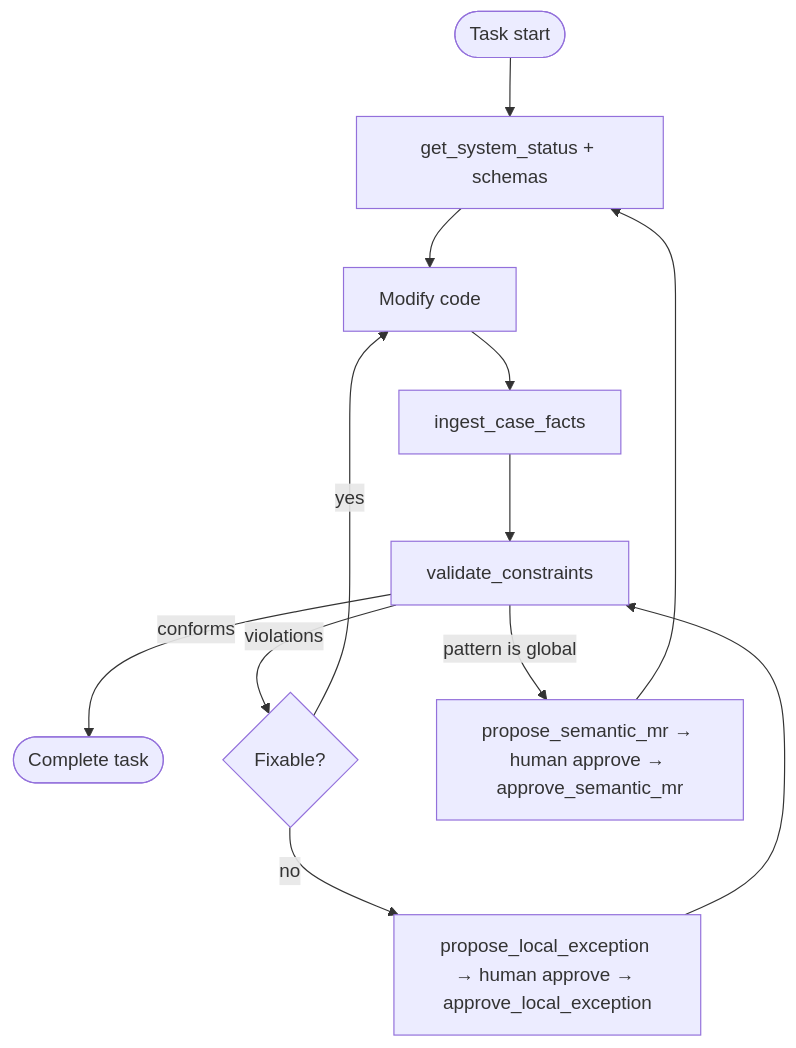
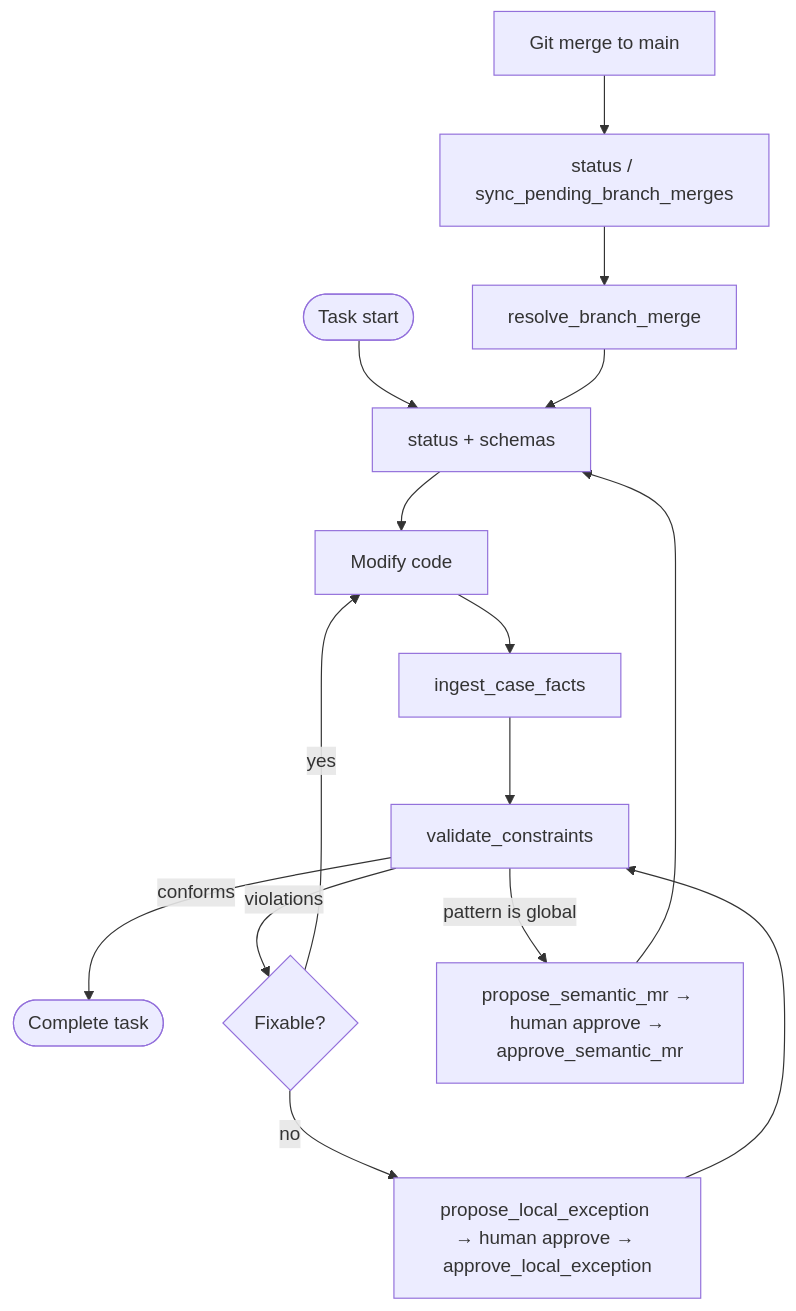
One commit to isaacnugroho/km changed the diagram in usages/README.md. Above: the diagram before and after it, drawn with Mermaid. The commit also changed other lines of this file and 30 other files, not shown here.

````diff
--- a/usages/README.md
+++ b/usages/README.md
@@ -292,14 +395,17 @@
 ```mermaid
 graph TD
-    Start([Task start]) --> Status[get_system_status + schemas]
+    Start([Task start]) --> Status[status + schemas]
     Status --> Code[Modify code]
     Code --> Ingest[ingest_case_facts]
     Ingest --> Validate[validate_constraints]
     Validate -->|conforms| Done([Complete task])
     Validate -->|violations| Fix{Fixable?}
     Fix -->|yes| Code
     Fix -->|no| Exception[propose_local_exception → human approve → approve_local_exception]
     Exception --> Validate
     Validate -->|pattern is global| MR[propose_semantic_mr → human approve → approve_semantic_mr]
     MR --> Status
+    GitMerge[Git merge to main] --> MergeSync[status / sync_pending_branch_merges]
+    MergeSync --> MergeResolve[resolve_branch_merge]
+    MergeResolve --> Status
 ```
````
